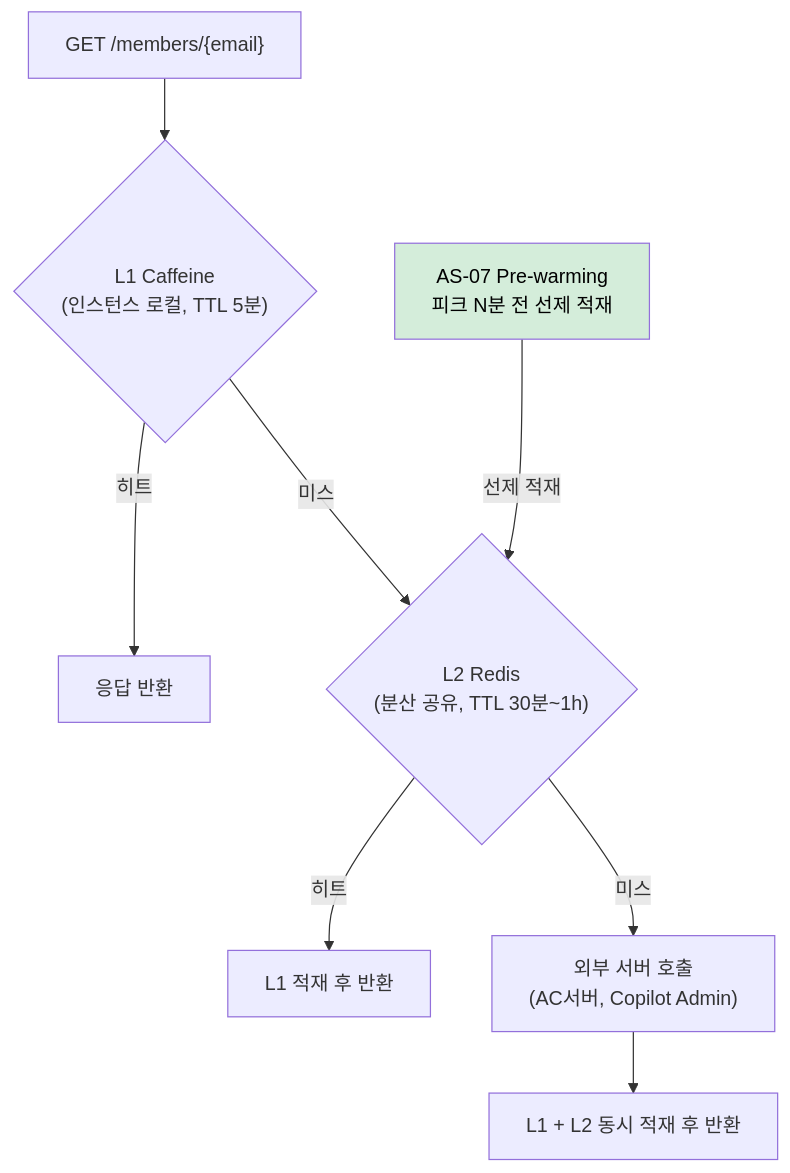
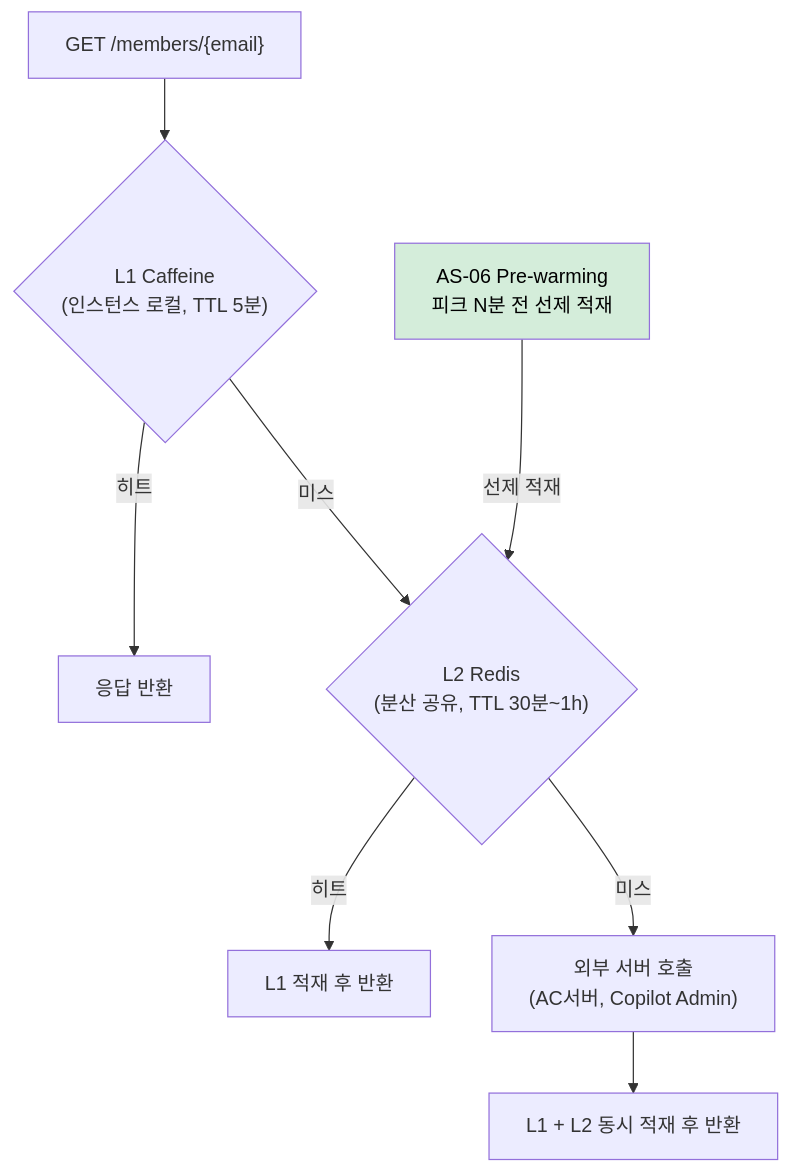
Before and after one commit to sujinnkim/A_Personal: the fourth of 4 diagrams in docs/04-architecture-analysis/3.2-problem-analysis-and-strategy/AS-03-외부권한조회다층캐시적용.md, drawn with Mermaid. The commit also changed other lines of this file and 36 other files, not shown here.

First line of the commit message:
docs/report: UC 다이어그램 정리, AS 채번·전략명 정비, 대안별 mermaid 도식 추가 및 그림 전체 채번

````diff
--- a/docs/04-architecture-analysis/3.2-problem-analysis-and-strategy/AS-03-외부권한조회다층캐시적용.md
+++ b/docs/04-architecture-analysis/3.2-problem-analysis-and-strategy/AS-03-외부권한조회다층캐시적용.md
@@ -59,16 +95,16 @@
 ```mermaid
 flowchart TD
     REQ["GET /members/{email}"]
 
     REQ --> L1{"L1 Caffeine\n(인스턴스 로컬, TTL 5분)"}
     L1 -->|히트| RET["응답 반환"]
     L1 -->|미스| L2{"L2 Redis\n(분산 공유, TTL 30분~1h)"}
     L2 -->|히트| L1W["L1 적재 후 반환"]
     L2 -->|미스| EXT["외부 서버 호출\n(AC서버, Copilot Admin)"]
     EXT --> BOTH["L1 + L2 동시 적재 후 반환"]
 
-    PREWARM["AS-07 Pre-warming\n피크 N분 전 선제 적재"]
+    PREWARM["AS-06 Pre-warming\n피크 N분 전 선제 적재"]
     PREWARM -->|선제 적재| L2
 
     style PREWARM fill:#d4edda,color:#000
 ```
````
